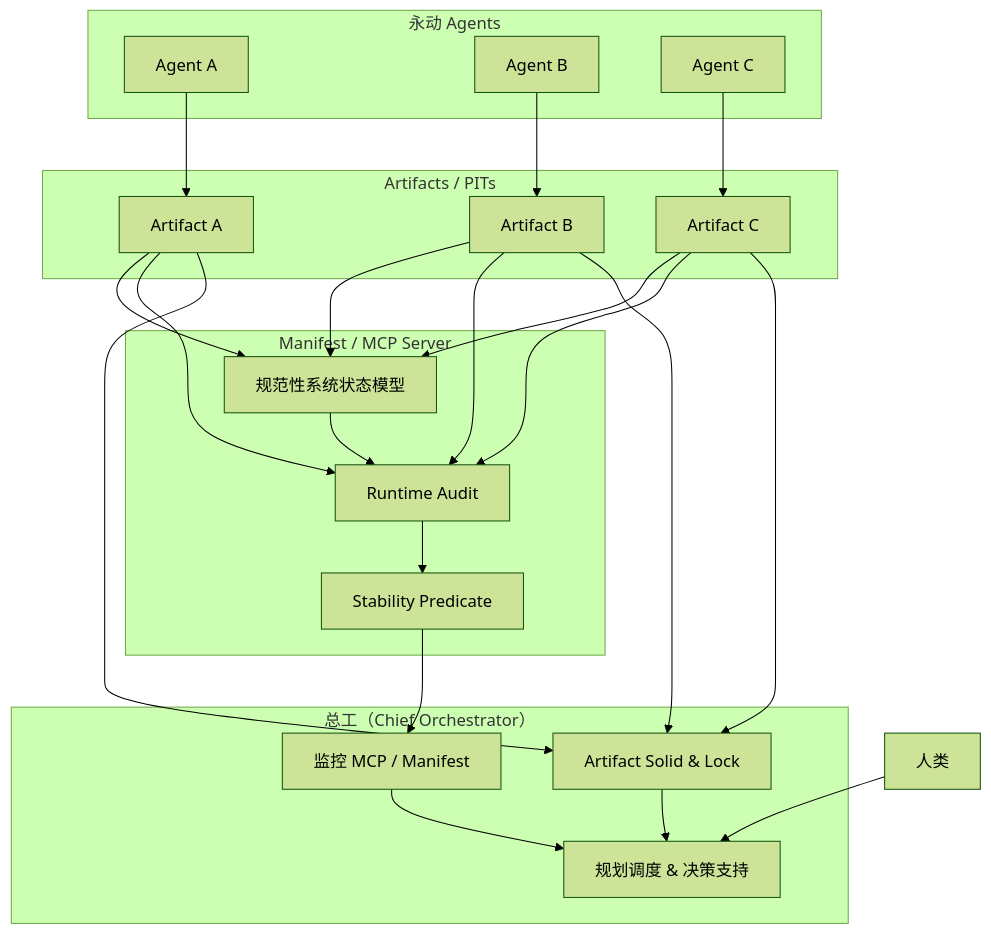
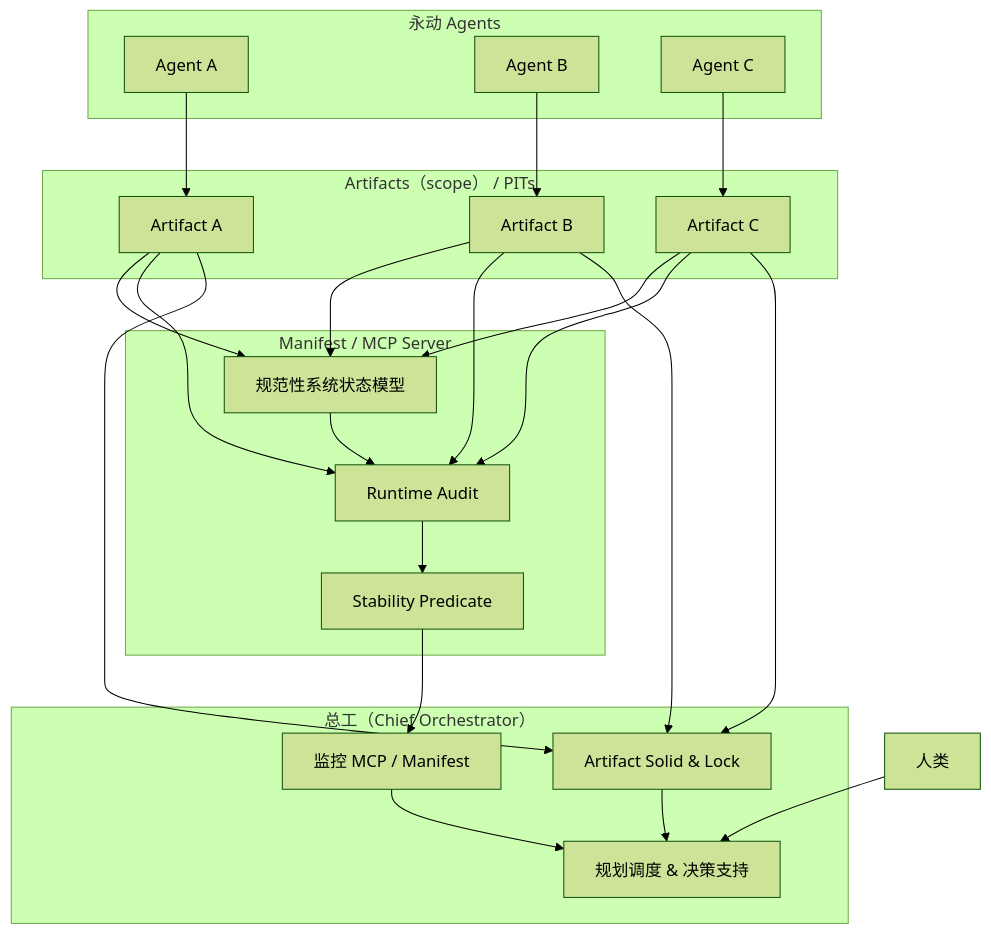
The diagram in openclaw-instance/obj-obj.md (klinda78/gemini--chat), drawn with Mermaid (forest theme) before and after one commit.

Commit message:
Update artifact subgraph label in obj-obj.md

````diff
--- a/openclaw-instance/obj-obj.md
+++ b/openclaw-instance/obj-obj.md
@@ -21,59 +21,59 @@
 ```mermaid
 flowchart TD
     %% 永动 Agent
     subgraph AGENTS[永动 Agents]
         A1[Agent A]
         A2[Agent B]
         A3[Agent C]
     end
 
     %% Artifact 层
-    subgraph ARTIFACTS[Artifacts / PITs]
+    subgraph ARTIFACTS[Artifacts（scope） / PITs]
         AR1[Artifact A]
         AR2[Artifact B]
         AR3[Artifact C]
     end
 
     %% Manifest / MCP
     subgraph MANIFEST[Manifest / MCP Server]
         M[规范性系统状态模型]
         AUD[Runtime Audit]
         STAB[Stability Predicate]
     end
 
     %% 总工 / Orchestrator
     subgraph CHIEF[总工（Chief Orchestrator）]
         MON[监控 MCP / Manifest]
         LOCK[Artifact Solid & Lock]
         VIS[规划调度 & 决策支持]
     end
 
     %% Agent 输出到 Artifact
     A1 --> AR1
     A2 --> AR2
     A3 --> AR3
 
     %% Artifact 更新 Manifest
     AR1 --> M
     AR2 --> M
     AR3 --> M
 
     %% Manifest 审计与稳定性判断
     M --> AUD
     AR1 --> AUD
     AR2 --> AUD
     AR3 --> AUD
     AUD --> STAB
 
     %% 总工监控流程
     STAB --> MON
     AR1 --> LOCK
     AR2 --> LOCK
     AR3 --> LOCK
     MON --> VIS
     LOCK --> VIS
 
     %% 人类观察
     Human[人类] --> VIS
 
 ```
````
